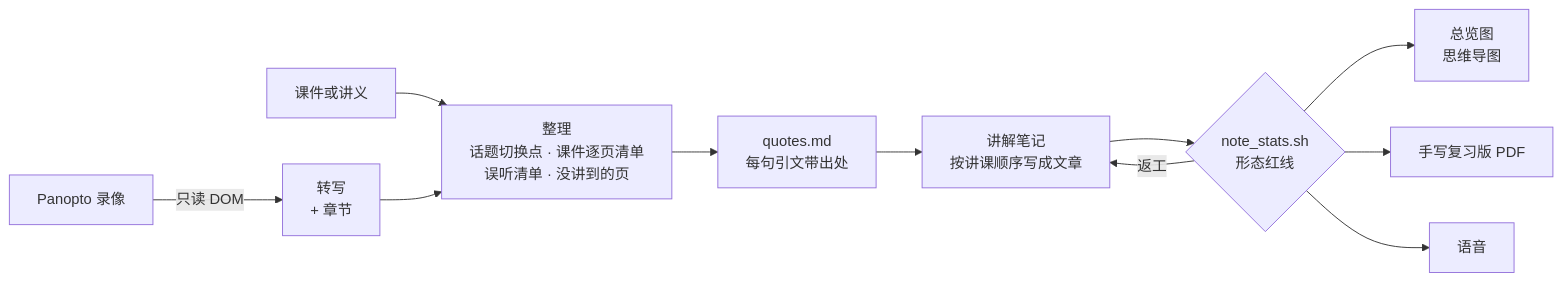
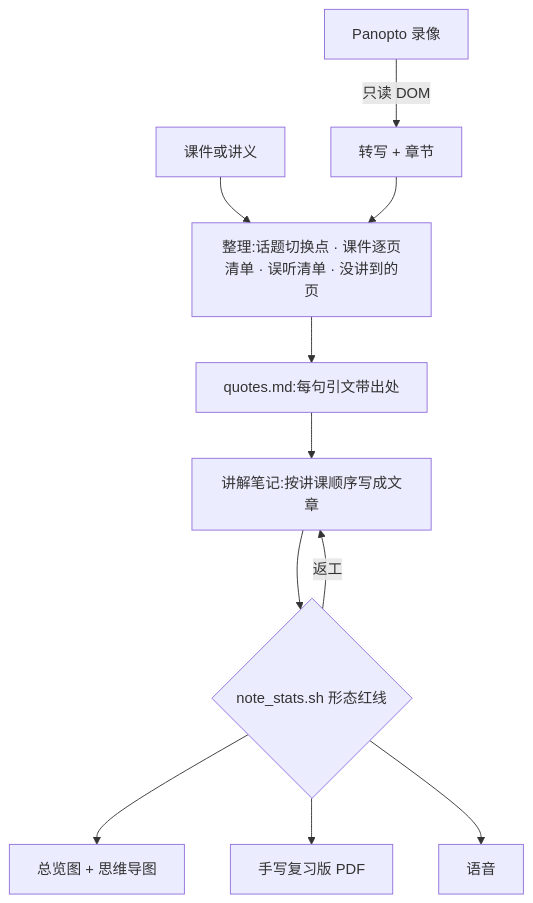
One commit to hypersupersheep/lecture-tutor changed the diagram in README.zh-CN.md. Above: the diagram before and after it, drawn with Mermaid. The commit also changed other lines of this file and 2 other files, not shown here.

Commit message:
README: GitHub math syntax, vertical flowchart, new gallery layout

````diff
--- a/README.zh-CN.md
+++ b/README.zh-CN.md
@@ -85,13 +81,13 @@
 ```mermaid
-flowchart LR
-    rec["Panopto 录像"] -->|只读 DOM| tr["转写<br/>+ 章节"]
+flowchart TD
+    rec["Panopto 录像"] -->|只读 DOM| tr["转写 + 章节"]
     slides["课件或讲义"] --> plan
-    tr --> plan["整理<br/>话题切换点 · 课件逐页清单<br/>误听清单 · 没讲到的页"]
-    plan --> quotes["quotes.md<br/>每句引文带出处"]
-    quotes --> note["讲解笔记<br/>按讲课顺序写成文章"]
-    note --> check{"note_stats.sh<br/>形态红线"}
+    tr --> plan["整理:话题切换点 · 课件逐页清单 · 误听清单 · 没讲到的页"]
+    plan --> quotes["quotes.md:每句引文带出处"]
+    quotes --> note["讲解笔记:按讲课顺序写成文章"]
+    note --> check{"note_stats.sh 形态红线"}
     check -->|返工| note
-    check --> maps["总览图<br/>思维导图"]
+    check --> maps["总览图 + 思维导图"]
     check --> sheet["手写复习版 PDF"]
     check --> audio["语音"]
 ```
````
